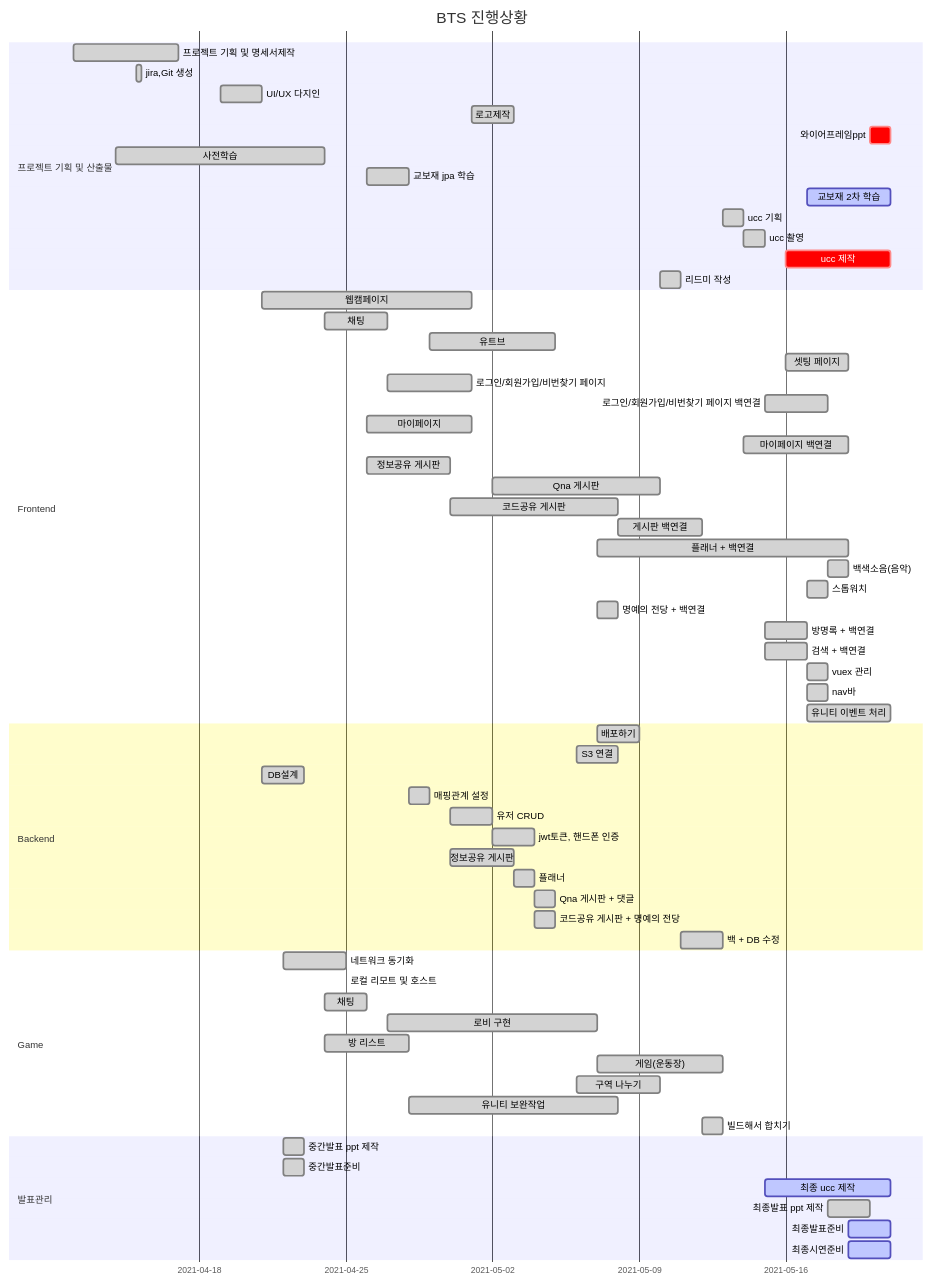
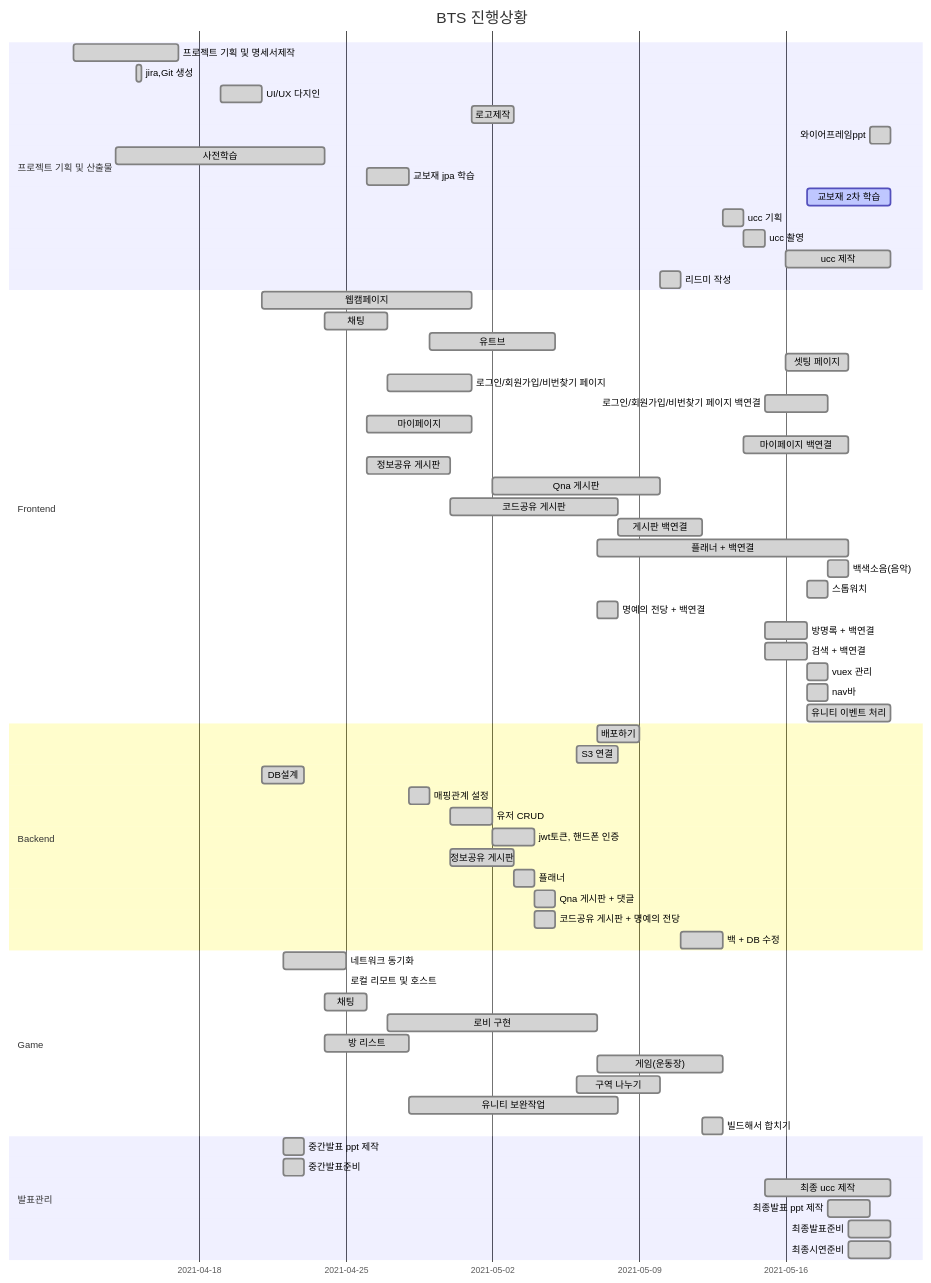
Before and after one commit to Luminousjiny/PJT_BTS: the diagram in README.md, drawn with Mermaid.

````diff
--- a/README.md
+++ b/README.md
@@ -50,73 +50,73 @@
 ```mermaid
 gantt
     title BTS 진행상황
     dateFormat  YYYY-MM-DD
     section 프로젝트 기획 및 산출물
     프로젝트 기획 및 명세서제작 : done, 2021-04-12, 5d
     jira,Git 생성  :done, 2021-04-15, 6h
     UI/UX 다지인  : done,   2021-04-19, 2d
     로고제작 : done, 2021-05-01, 2d
-    와이어프레임ppt : crit, 2021-05-20, 1d
+    와이어프레임ppt : done, 2021-05-20, 1d
     사전학습  : done, 2021-04-14, 10d
     교보재 jpa 학습 : done, 2021-04-26, 2d
     교보재 2차 학습 : active, 2021-05-17, 4d
     ucc 기획 : done, 2021-05-13, 1d
     ucc 촬영 : done, 2021-05-14, 1d
-    ucc 제작 : crit, 2021-05-16, 5d
+    ucc 제작 : done, 2021-05-16, 5d
     리드미 작성 : done, 2021-05-10, 1d
 
     section Frontend
     웹캠페이지 : done, 2021-04-21, 10d
     채팅 : done, 2021-04-24, 3d
     유트브 : done, 2021-04-29, 6d
     셋팅 페이지 : done, 2021-05-16, 3d
     로그인/회원가입/비번찾기 페이지 : done, 2021-04-27, 4d
     로그인/회원가입/비번찾기 페이지 백연결 : done, 2021-05-15, 3d
     마이페이지 : done, 2021-04-26, 5d
     마이페이지 백연결 : done, 2021-05-14, 5d
     정보공유 게시판 : done, 2021-04-26, 4d
     Qna 게시판 : done, 2021-05-02, 8d
     코드공유 게시판 : done, 2021-04-30, 8d
     게시판 백연결 : done, 2021-05-08, 4d
     플래너 + 백연결 : done, 2021-05-07, 12d
     백색소음(음악) : done, 2021-05-18, 1d
     스톱워치 : done, 2021-05-17, 1d
     명예의 전당 + 백연결 : done, 2021-05-07, 1d
     방명록 + 백연결 : done, 2021-05-15, 2d
     검색 + 백연결 : done, 2021-05-15, 2d 
     vuex 관리 : done, 2021-05-17, 1d
     nav바 : done, 2021-05-17, 1d
     유니티 이벤트 처리 : done, 2021-05-17, 4d
     
     section Backend
     배포하기 : done, 2021-05-07, 2d
     S3 연결 : done, 2021-05-06, 2d
     DB설계 : done, 2021-04-21, 2d
     매핑관계 설정 : done, 2021-04-28, 1d
     유저 CRUD : done, 2021-04-30, 2d
     jwt토큰, 핸드폰 인증 : done, 2021-05-02,2d 
     정보공유 게시판 : done, 2021-04-30, 3d
     플래너 : done, 2021-05-03, 1d
     Qna 게시판 + 댓글 : done, 2021-05-04, 1d
     코드공유 게시판 + 명예의 전당 : done, 2021-05-04, 1d 
     백 + DB 수정 : done, 2021-05-11, 2d
     
     section Game
 	네트워크 동기화 : done, 2021-04-22, 3d
 	로컬 리모트 및 호스트 : done, 2021-04-23 1d
 	채팅 : done, 2021-04-24, 2d
 	로비 구현 : done, 2021-04-27, 10d
     방 리스트 : done, 2021-04-24, 4d
     게임(운동장) : done, 2021-05-07,6d
     구역 나누기 : done, 2021-05-06, 4d
     유니티 보완작업 : done, 2021-04-28, 10d
     빌드해서 합치기 : done, 2021-05-12, 1d
     
     section 발표관리
     중간발표 ppt 제작 : done, 2021-04-22, 1d
     중간발표준비 : done, 2021-04-22, 1d
-    최종 ucc 제작 : active, 2021-05-15, 6d
+    최종 ucc 제작 : done, 2021-05-15, 6d
     최종발표 ppt 제작 : done, 2021-05-18, 2d
-    최종발표준비 : active, 2021-05-19, 2d
-    최종시연준비 : active, 2021-05-19, 2d
+    최종발표준비 : done, 2021-05-19, 2d
+    최종시연준비 : done, 2021-05-19, 2d
 ```
````
